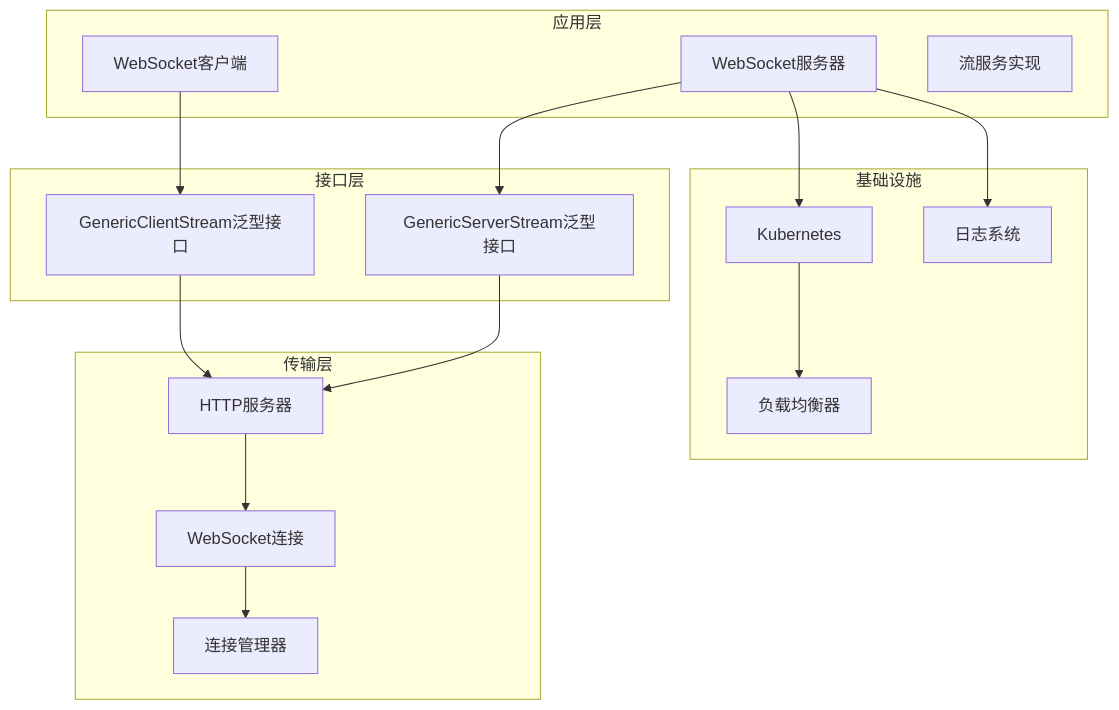
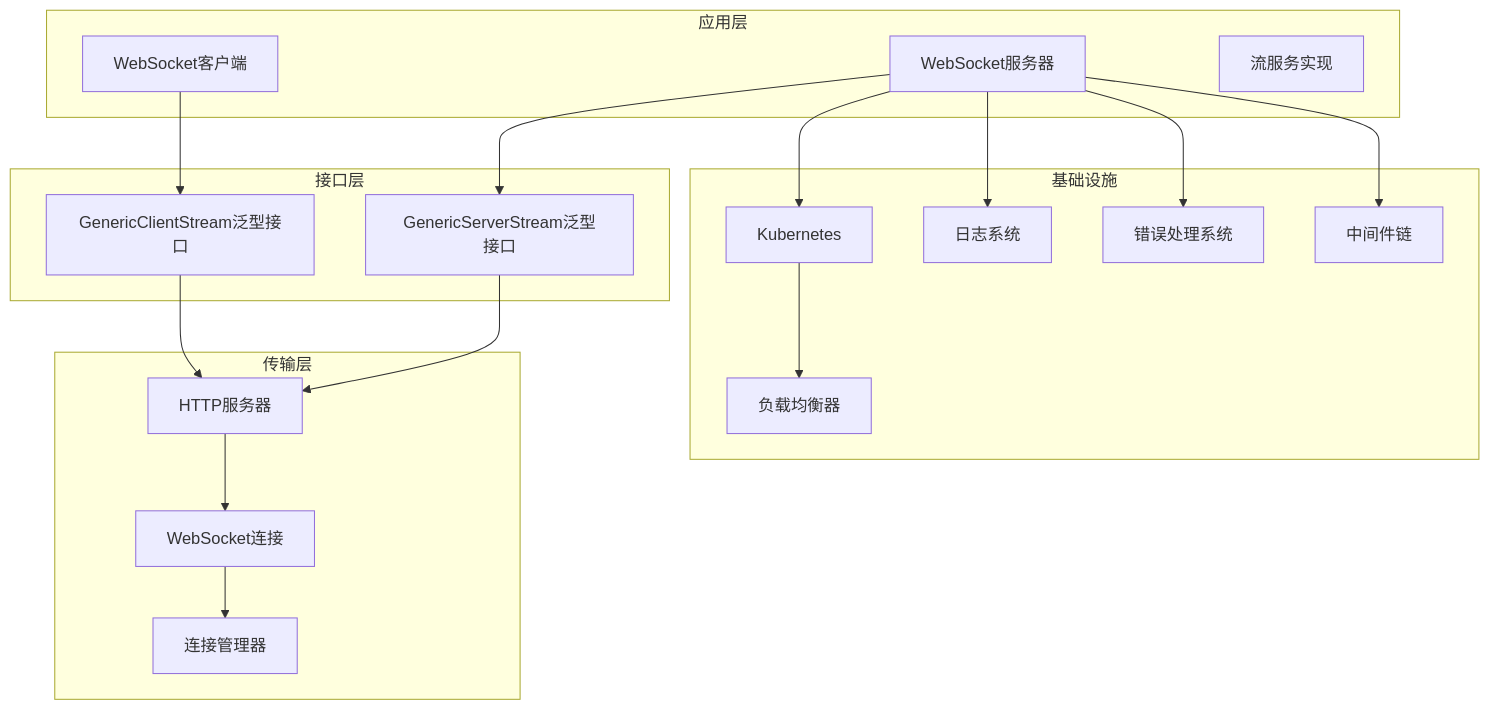
One commit to soyacen/goose changed the seventh of 19 diagrams in .agents/repowiki/zh/content/示例和最佳实践/WebSocket流式系统.md. Above: the diagram before and after it, drawn with Mermaid. The commit also changed other lines of this file and 6 other files, not shown here.

````diff
--- a/.agents/repowiki/zh/content/示例和最佳实践/WebSocket流式系统.md
+++ b/.agents/repowiki/zh/content/示例和最佳实践/WebSocket流式系统.md
@@ -239,31 +318,35 @@
 ```mermaid
 graph TB
 subgraph "应用层"
 Client[WebSocket客户端]
 Server[WebSocket服务器]
 Service[流服务实现]
 end
 subgraph "接口层"
 GenericClientStream[GenericClientStream泛型接口]
 GenericServerStream[GenericServerStream泛型接口]
 end
 subgraph "传输层"
 HTTP[HTTP服务器]
 WS[WebSocket连接]
 Conn[连接管理器]
 end
 subgraph "基础设施"
+ErrorHandling[错误处理系统]
+MiddlewareChain[中间件链]
 K8s[Kubernetes]
 LB[负载均衡器]
 Log[日志系统]
 end
 Client --> GenericClientStream
 Server --> GenericServerStream
 GenericClientStream --> HTTP
 GenericServerStream --> HTTP
 HTTP --> WS
 WS --> Conn
 Server --> K8s
 K8s --> LB
 Server --> Log
+Server --> ErrorHandling
+Server --> MiddlewareChain
 ```
````
